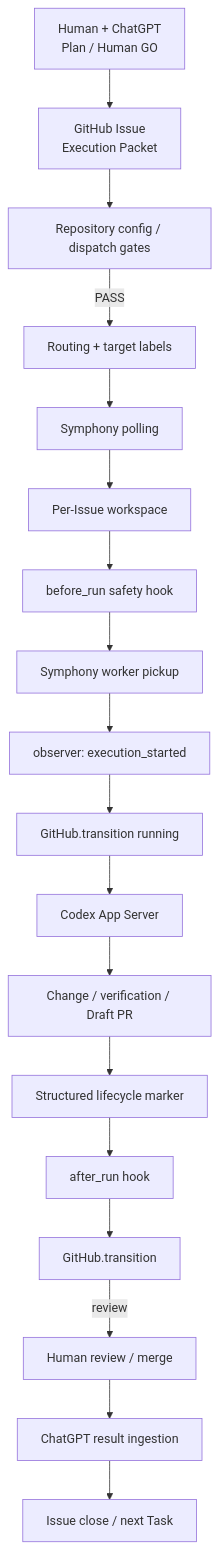
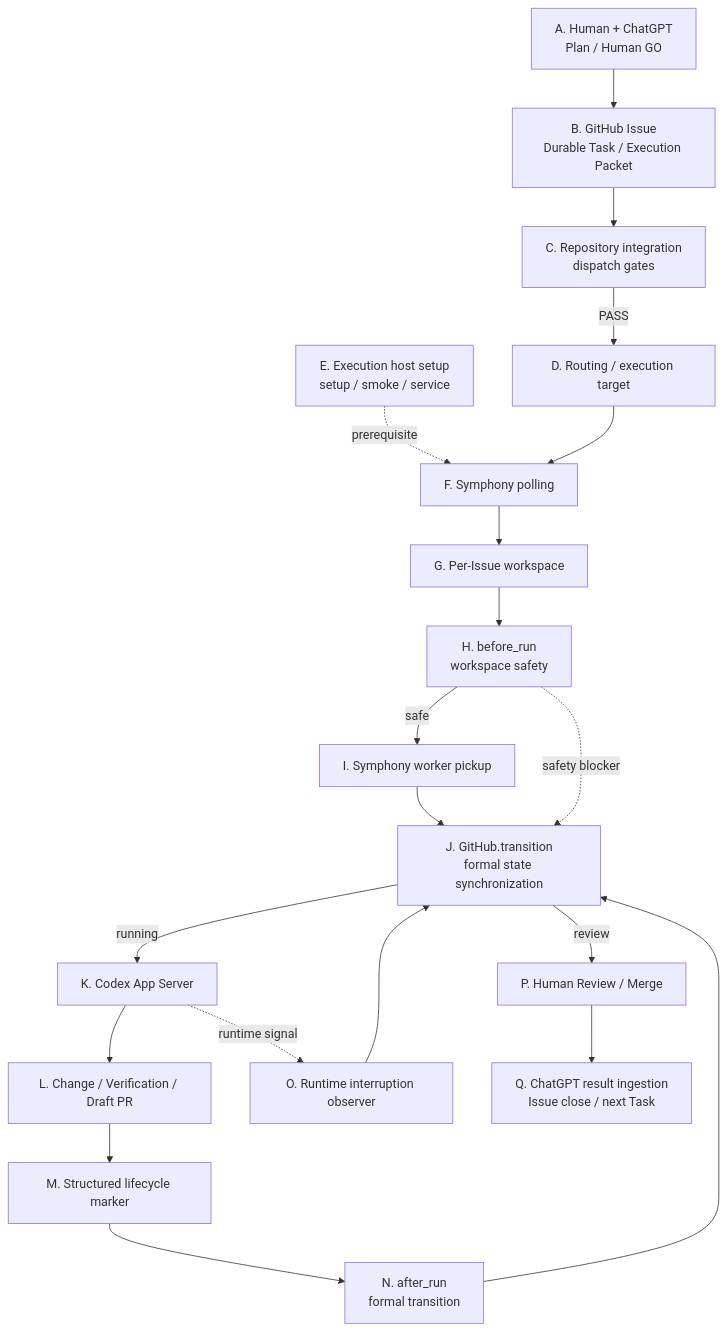
Before and after one commit to excellent-tech/Excellent-Nd: the first of 3 diagrams in docs/runtime-architecture.en.md, drawn with Mermaid. The commit also changed other lines of this file, not shown here.

Commit message:
docs: align English flow with Nodes A-Q

````diff
--- a/docs/runtime-architecture.en.md
+++ b/docs/runtime-architecture.en.md
@@ -38,20 +42,40 @@
 ```mermaid
 flowchart TD
-    A[Human + ChatGPT<br/>Plan / Human GO] --> B[GitHub Issue<br/>Execution Packet]
-    B --> C[Repository config / dispatch gates]
-    C -->|PASS| D[Routing + target labels]
-    D --> E[Symphony polling]
-    E --> F[Per-Issue workspace]
-    F --> G[before_run safety hook]
-    G --> H[Symphony worker pickup]
-    H --> I[observer: execution_started]
-    I --> J[GitHub.transition running]
-    J --> K[Codex App Server]
-    K --> L[Change / verification / Draft PR]
-    L --> M[Structured lifecycle marker]
-    M --> N[after_run hook]
-    N --> O[GitHub.transition]
-    O -->|review| P[Human review / merge]
-    P --> Q[ChatGPT result ingestion]
-    Q --> R[Issue close / next Task]
+    A["A. Human + ChatGPT<br/>Plan / Human GO"] --> B["B. GitHub Issue<br/>Durable Task / Execution Packet"]
+    B --> C["C. Repository integration<br/>dispatch gates"]
+    C -->|PASS| D["D. Routing / execution target"]
+    E["E. Execution host setup<br/>setup / smoke / service"] -. prerequisite .-> F["F. Symphony polling"]
+    D --> F
+    F --> G["G. Per-Issue workspace"]
+    G --> H["H. before_run<br/>workspace safety"]
+    H -->|safe| I["I. Symphony worker pickup"]
+    I --> J["J. GitHub.transition<br/>formal state synchronization"]
+    J -->|running| K["K. Codex App Server"]
+    K --> L["L. Change / Verification / Draft PR"]
+    L --> M["M. Structured lifecycle marker"]
+    M --> N["N. after_run<br/>formal transition"]
+    N --> J
+    K -. runtime signal .-> O["O. Runtime interruption observer"]
+    O --> J
+    H -. safety blocker .-> J
+    J -->|review| P["P. Human Review / Merge"]
+    P --> Q["Q. ChatGPT result ingestion<br/>Issue close / next Task"]
+
+    click A "./runtime-architecture.en.md#node-a" "Node A details"
+    click B "./runtime-architecture.en.md#node-b" "Node B details"
+    click C "./runtime-architecture.en.md#node-c" "Node C details"
+    click D "./runtime-architecture.en.md#node-d" "Node D details"
+    click E "./runtime-architecture.en.md#node-e" "Node E details"
+    click F "./runtime-architecture.en.md#node-f" "Node F details"
+    click G "./runtime-architecture.en.md#node-g" "Node G details"
+    click H "./runtime-architecture.en.md#node-h" "Node H details"
+    click I "./runtime-architecture.en.md#node-i" "Node I details"
+    click J "./runtime-architecture.en.md#node-j" "Node J details"
+    click K "./runtime-architecture.en.md#node-k" "Node K details"
+    click L "./runtime-architecture.en.md#node-l" "Node L details"
+    click M "./runtime-architecture.en.md#node-m" "Node M details"
+    click N "./runtime-architecture.en.md#node-n" "Node N details"
+    click O "./runtime-architecture.en.md#node-o" "Node O details"
+    click P "./runtime-architecture.en.md#node-p" "Node P details"
+    click Q "./runtime-architecture.en.md#node-q" "Node Q details"
 ```
````
